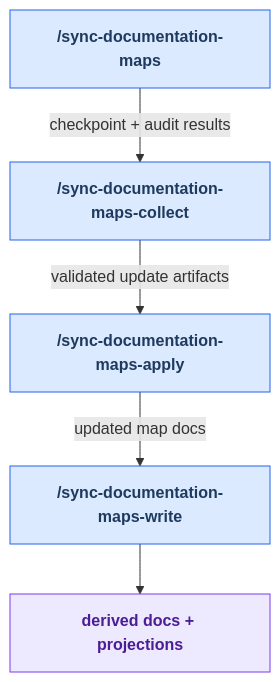
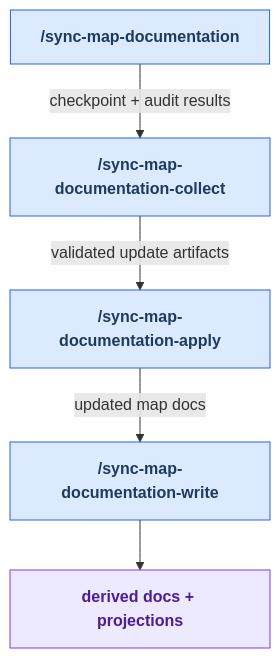
Before and after one commit to russell-laing/al-dev-shared: the diagram in docs/maintainer-tooling/map-sync.md, drawn with Mermaid. The commit also changed other lines of this file and 32 other files, not shown here.

Commit message:
🚚 move(skills): sync-documentation-maps family → sync-map-documentation

````diff
--- a/docs/maintainer-tooling/map-sync.md
+++ b/docs/maintainer-tooling/map-sync.md
@@ -41,22 +41,22 @@
 ```mermaid
 flowchart TD
     classDef userSkill fill:#dbeafe,stroke:#2563eb,color:#1e3a5f,font-weight:bold
     classDef artifact fill:#ede9fe,stroke:#7c3aed,color:#4c1d95,font-weight:bold
 
-    skill_sync_documentation_maps["/sync-documentation-maps"]
-    skill_sync_documentation_maps_collect["/sync-documentation-maps-collect"]
-    skill_sync_documentation_maps_apply["/sync-documentation-maps-apply"]
-    skill_sync_documentation_maps_write["/sync-documentation-maps-write"]
+    skill_sync_documentation_maps["/sync-map-documentation"]
+    skill_sync_documentation_maps_collect["/sync-map-documentation-collect"]
+    skill_sync_documentation_maps_apply["/sync-map-documentation-apply"]
+    skill_sync_documentation_maps_write["/sync-map-documentation-write"]
     art_generated["derived docs + projections"]
 
     skill_sync_documentation_maps -- "checkpoint + audit results" --> skill_sync_documentation_maps_collect
     skill_sync_documentation_maps_collect -- "validated update artifacts" --> skill_sync_documentation_maps_apply
     skill_sync_documentation_maps_apply -- "updated map docs" --> skill_sync_documentation_maps_write
     skill_sync_documentation_maps_write --> art_generated
 
     class skill_sync_documentation_maps userSkill
     class skill_sync_documentation_maps_collect userSkill
     class skill_sync_documentation_maps_apply userSkill
     class skill_sync_documentation_maps_write userSkill
     class art_generated artifact
 ```
````
